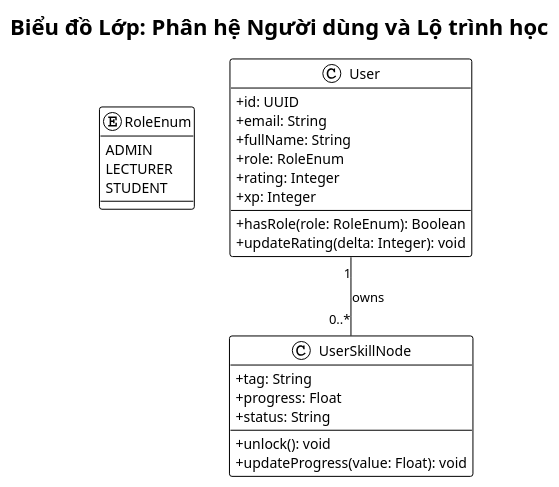
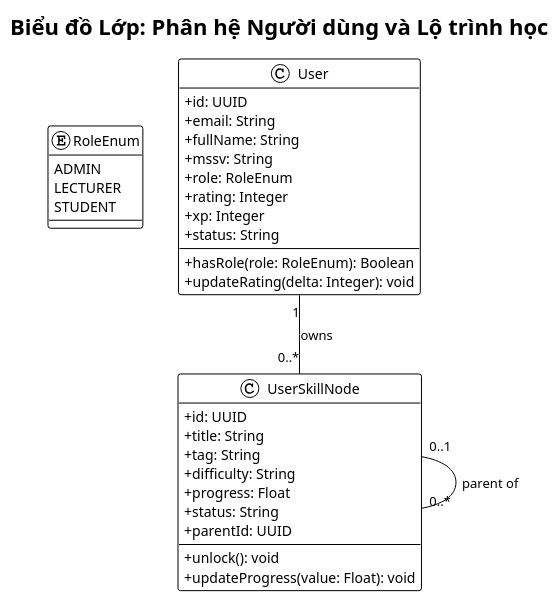
The first of 10 diagrams in CodeLearn_BaoCao/03d_Ch3_ClassDiagram_Deployment.md (ARPHAM/codelearn-fe), drawn with PlantUML before and after one commit. The commit also changed other lines of this file and 12 other files, not shown here.

````diff
--- a/CodeLearn_BaoCao/03d_Ch3_ClassDiagram_Deployment.md
+++ b/CodeLearn_BaoCao/03d_Ch3_ClassDiagram_Deployment.md
@@ -6,37 +6,44 @@
 ```plantuml
 @startuml CD_UserModule
 skinparam monochrome true
 !theme plain
 skinparam classAttributeIconSize 0
 title Biểu đồ Lớp: Phân hệ Người dùng và Lộ trình học
 
 enum RoleEnum {
   ADMIN
   LECTURER
   STUDENT
 }
 
 class User {
   +id: UUID
   +email: String
   +fullName: String
+  +mssv: String
   +role: RoleEnum
   +rating: Integer
   +xp: Integer
+  +status: String
   --
   +hasRole(role: RoleEnum): Boolean
   +updateRating(delta: Integer): void
 }
 
 class UserSkillNode {
+  +id: UUID
+  +title: String
   +tag: String
+  +difficulty: String
   +progress: Float
   +status: String
+  +parentId: UUID
   --
   +unlock(): void
   +updateProgress(value: Float): void
 }
 
 User "1" -- "0..*" UserSkillNode : owns
+UserSkillNode "0..1" -- "0..*" UserSkillNode : parent of
 @enduml
 ```
````
